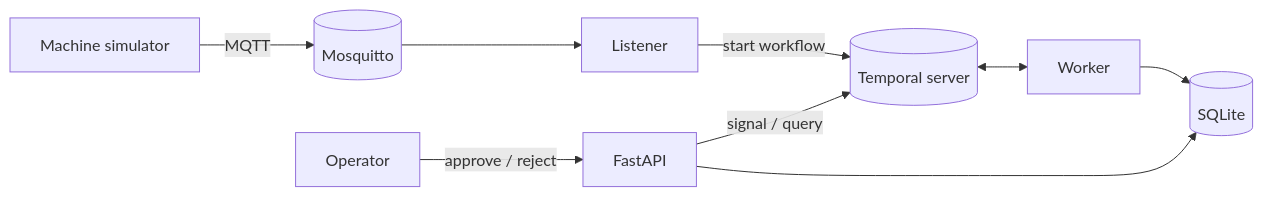
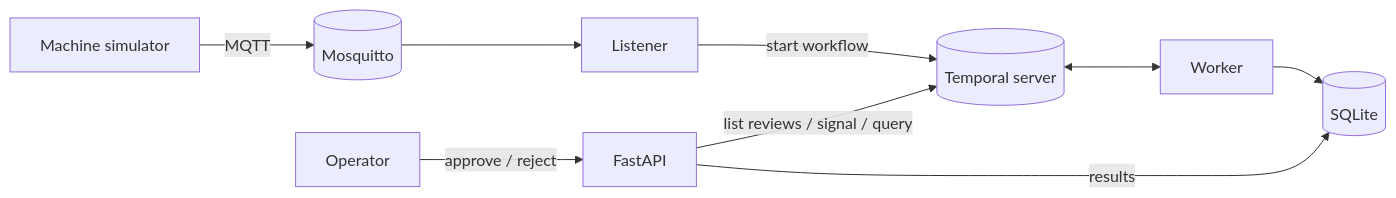
Before and after one commit to Ibrahf/telemetry-orchestrator: the diagram in README.md, drawn with Mermaid. The commit also changed other lines of this file and 13 other files, not shown here.

````diff
--- a/README.md
+++ b/README.md
@@ -10,11 +10,11 @@
 ```mermaid
 flowchart LR
     SIM[Machine simulator] -- MQTT --> BROKER[(Mosquitto)]
     BROKER --> LST[Listener]
     LST -- start workflow --> TMP[(Temporal server)]
     TMP <--> WRK[Worker]
     WRK --> DB[(SQLite)]
     OP[Operator] -- approve / reject --> API[FastAPI]
-    API -- signal / query --> TMP
-    API --> DB
+    API -- list reviews / signal / query --> TMP
+    API -- results --> DB
 ```
````
